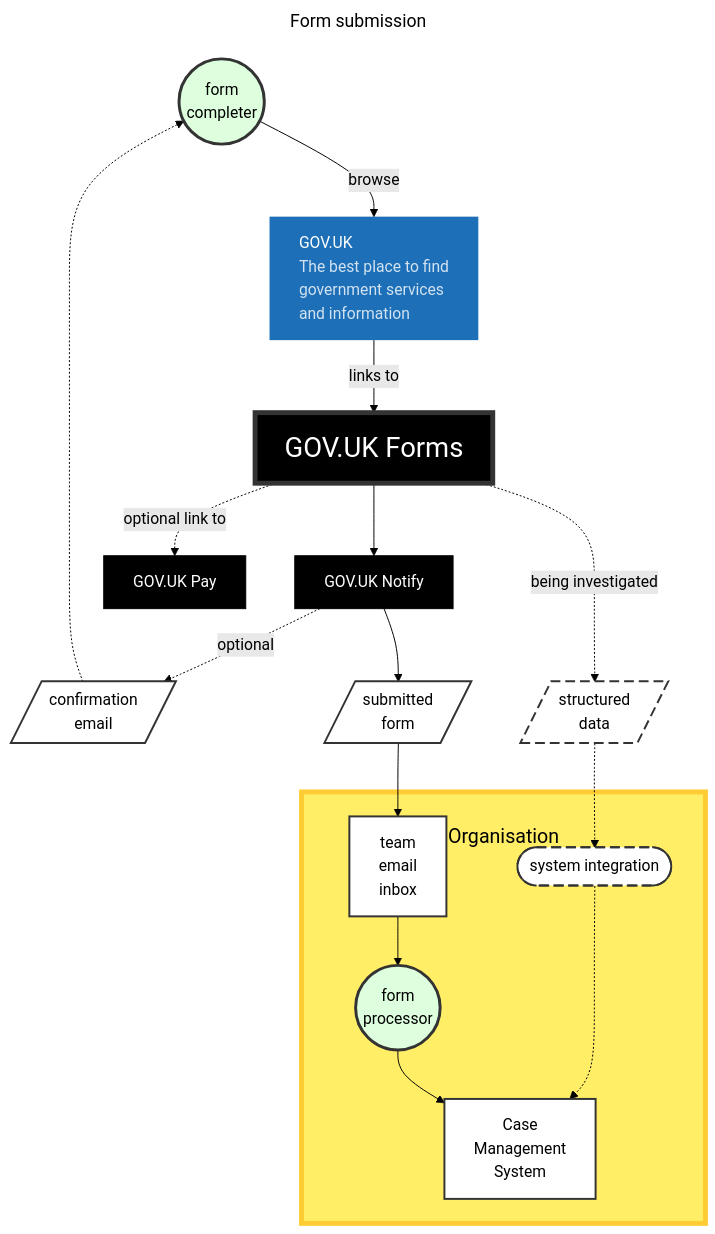
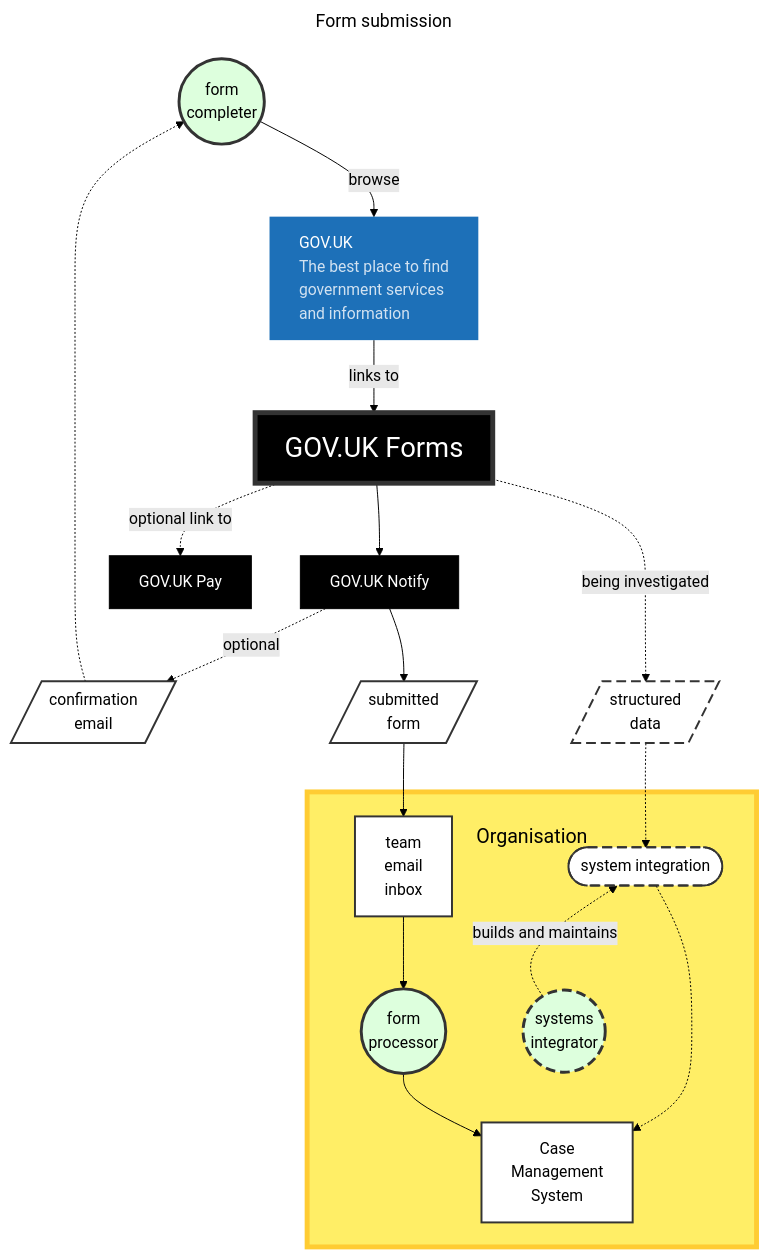
One commit to alphagov/forms changed the diagram in diagrams/architecture.md. Above: the diagram before and after it, drawn with Mermaid (forest theme).

Commit message:
Added systems integrator user

````diff
--- a/diagrams/architecture.md
+++ b/diagrams/architecture.md
@@ -3,76 +3,82 @@
 ```mermaid
 ---
 title: Form submission
 ---
 
 graph TD
 
     classDef default fill:#fff,stroke:#333,stroke-width:2px;
 
     classDef govuk fill:#1d70b8,stroke:#333,stroke-width:0px,color:#fff,text-align:left,font:arial;
     classDef forms fill:#000,stroke:#333,stroke-width:5px,color:#fff,font-size:28px;
     classDef notify fill:#000,stroke:#000,stroke-width:1px,color:#fff;
     classDef pay fill:#000,stroke:#000,stroke-width:1px,color:#fff;
 
     %%classDef gds fill:#fff,stroke:#333,stroke-width:1px,color:#888,padding:10px,font-size:28px;
     classDef org fill:#fe6,stroke:#fc3,stroke-width:5px,color:#000,padding:10px,font-size:20px;
 
     classDef user fill:#dfd,stroke:#333,stroke-width:3px,color:#000;
 
     classDef optional stroke-dasharray: 10 5;
 
     user((form<br>completer))
 
     %% subgraph gds [Government Digital Service]
         %% gov.uk[GOV.UK]
         gov.uk[GOV.UK
         <font color=#d2e2f1>The best place to find
         government services
         and information</font>]
         forms[GOV.UK Forms]
         notify[GOV.UK Notify]
         pay[GOV.UK Pay]
     %% end
 
     class gov.uk govuk
     class forms forms
     class notify notify
     class pay pay
     class gds gds
 
 
     subgraph org [Organisation]
         inbox[team<br>email<br/>inbox]
         case[Case<br>Management<br>System]
         %%rpa[Robotic<br/>Process<br/>Automation]
         integration([system integration])
 
         processor((form<br>processor))
 
+        integrator((systems<br>integrator))
+
         integration -..-> case
         inbox --> processor --> case
         %%inbox-.->rpa-.->case
         
     end
     
     class org org
 
     confirmation[/confirmation<br/>email/]
     email[/submitted<br/>form/]
     data[/structured<br/>data/]
 
-class integration,data optional
+class integration,integrator,data optional
 
     user -- browse --> gov.uk -- links to --> forms --> notify -. optional .-> confirmation -.-> user
 
     notify --> email --> inbox
 
     
 
     forms -. being investigated .-> data  -.-> integration
 
+    integration ~~~ integrator
+
+    integrator -.builds and maintains .-> integration
+
     forms -. optional link to .-> pay
 
-    class user,processor user
+    class user,processor,integrator user
 
 ```
````
